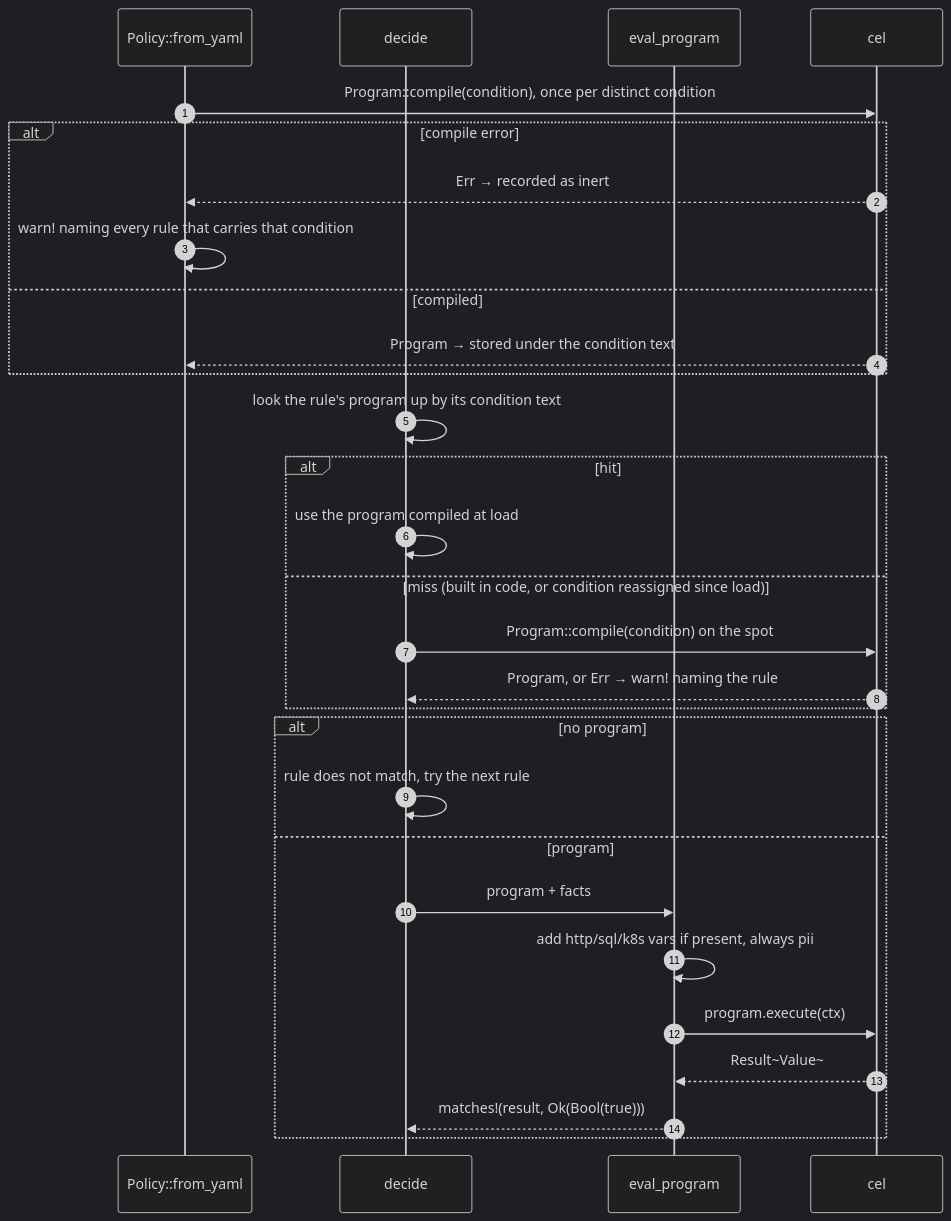
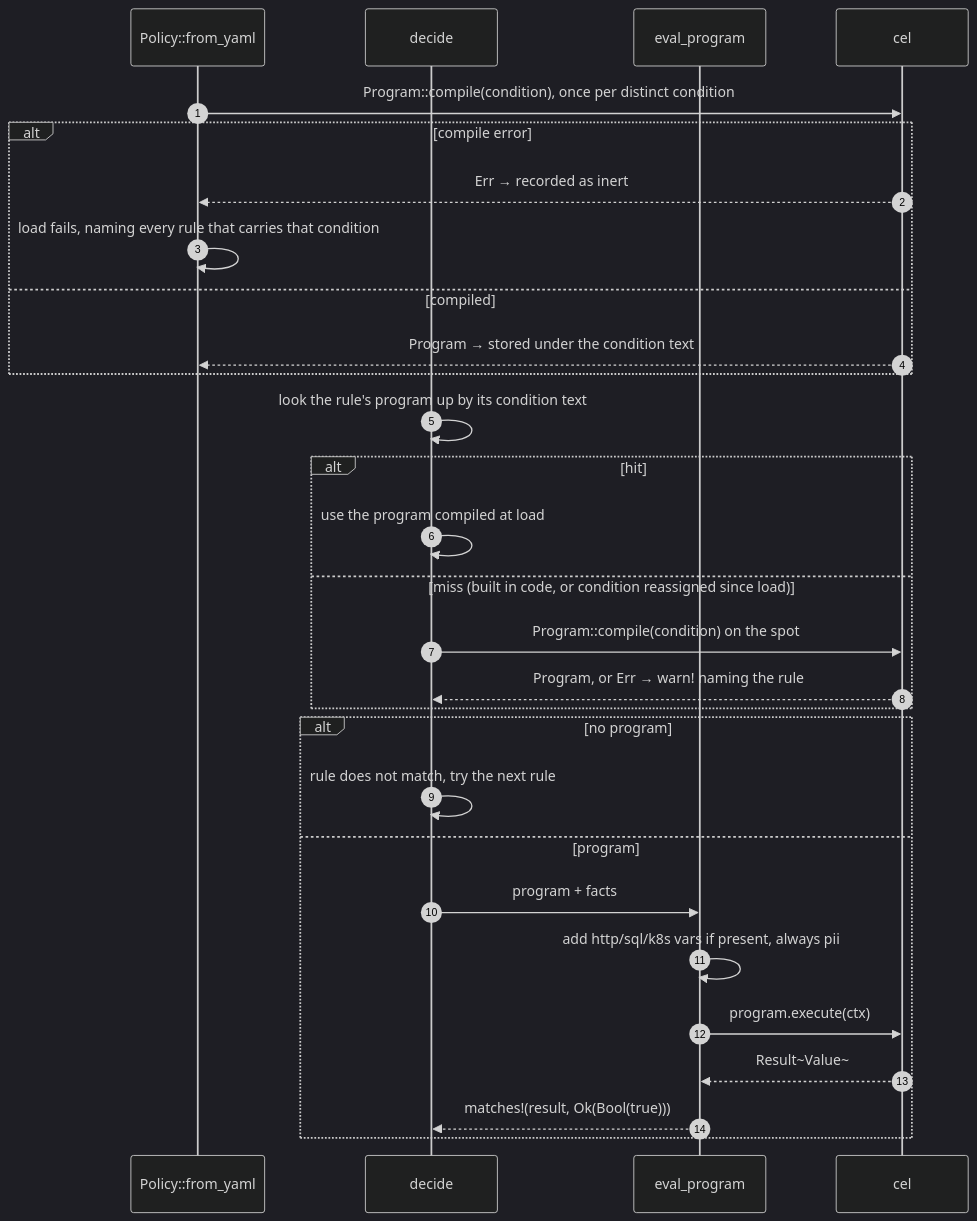
The third of 3 diagrams in wiki/deep-dive/policy-engine.md (pleaseai/honmoon), drawn with Mermaid (dark theme) before and after one commit. The commit also changed other lines of this file and 13 other files, not shown here.

First line of the commit message:
feat(core)!: refuse to load a policy whose rule condition does not compile (#197)

````diff
--- a/wiki/deep-dive/policy-engine.md
+++ b/wiki/deep-dive/policy-engine.md
@@ -160,31 +168,31 @@
 ```mermaid
 sequenceDiagram
   autonumber
   participant L as Policy::from_yaml
   participant D as decide
   participant EP as eval_program
   participant CEL as cel
   L->>CEL: Program::compile(condition), once per distinct condition
   alt compile error
     CEL-->>L: Err → recorded as inert
-    L->>L: warn! naming every rule that carries that condition
+    L->>L: load fails, naming every rule that carries that condition
   else compiled
     CEL-->>L: Program → stored under the condition text
   end
   D->>D: look the rule's program up by its condition text
   alt hit
     D->>D: use the program compiled at load
   else miss (built in code, or condition reassigned since load)
     D->>CEL: Program::compile(condition) on the spot
     CEL-->>D: Program, or Err → warn! naming the rule
   end
   alt no program
     D->>D: rule does not match, try the next rule
   else program
     D->>EP: program + facts
     EP->>EP: add http/sql/k8s vars if present, always pii
     EP->>CEL: program.execute(ctx)
     CEL-->>EP: Result~Value~
     EP-->>D: matches!(result, Ok(Bool(true)))
   end
 ```
````
